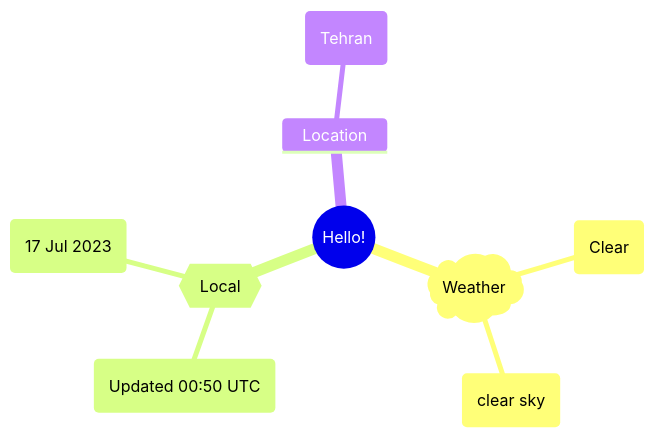
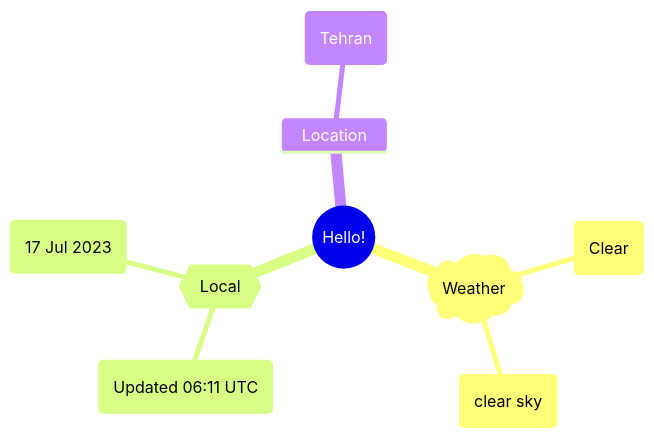
One commit to Xosrov/Xosrov changed the first of 2 diagrams in README.md. Above: the diagram before and after it, drawn with Mermaid.

Commit message:
[bot] updated images

````diff
--- a/README.md
+++ b/README.md
@@ -3,12 +3,12 @@
 ```mermaid
 mindmap
   root((Hello!))
     )Weather(
         (Clear)
         (clear sky)
     {{Local}}
-        (Updated 00:50 UTC)
+        (Updated 06:11 UTC)
         (17 Jul 2023)
     Location
         (Tehran)
 ```
````
